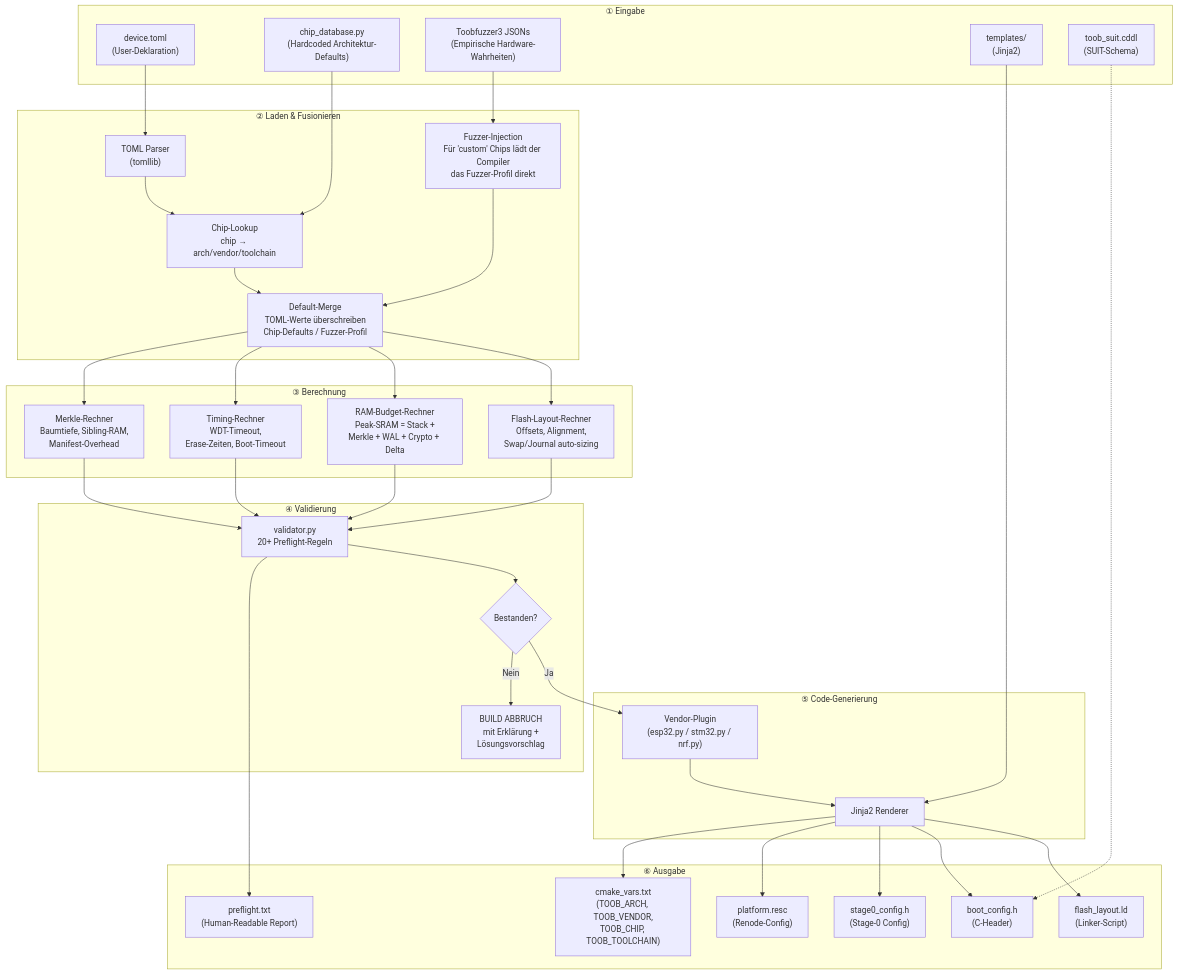
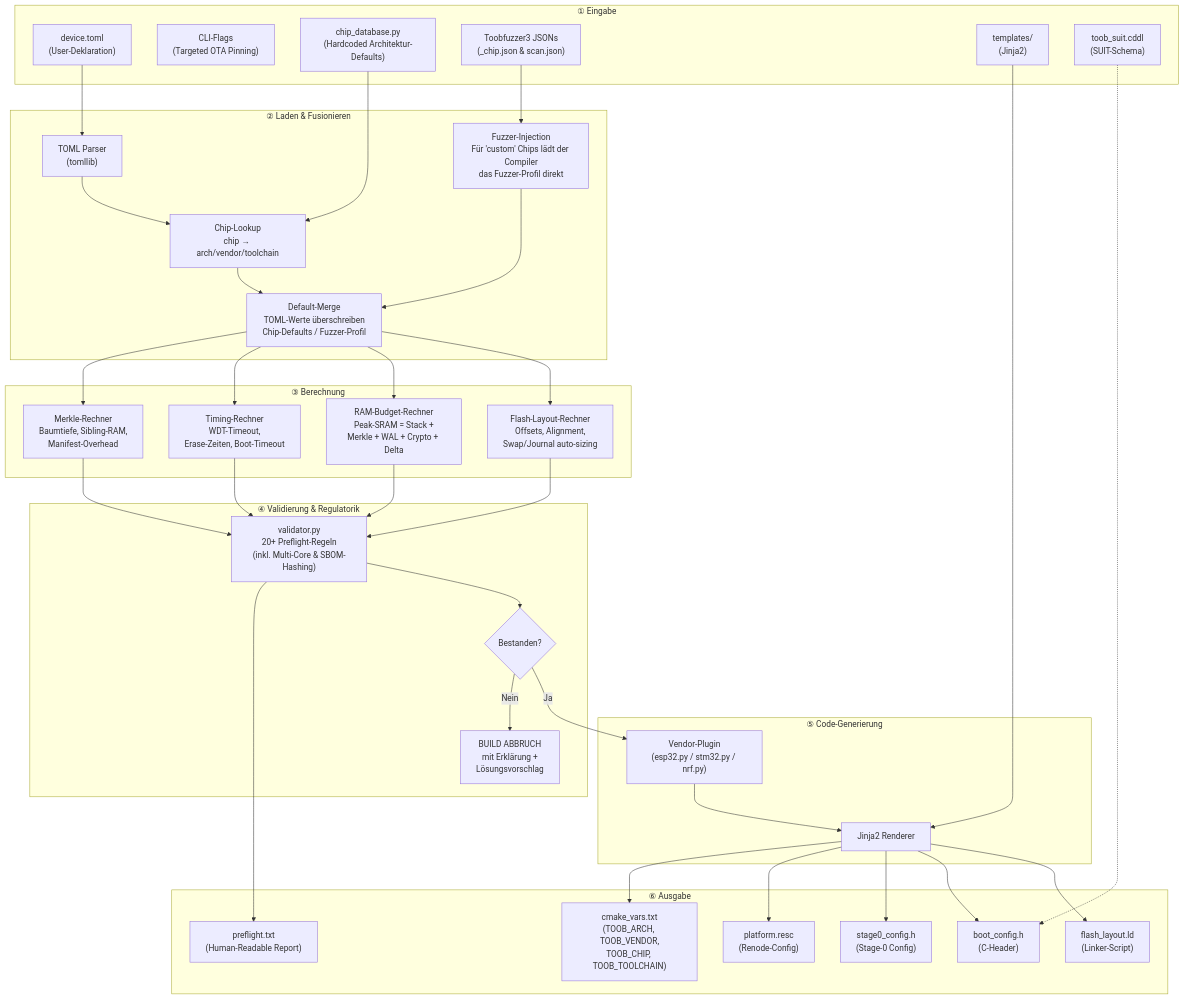
One commit to Toob-Boot/Toob-Loader changed the first of 12 diagrams in ideas/fusion/pipeline/manifest_compiler_pipeline.md. Above: the diagram before and after it, drawn with Mermaid. The commit also changed other lines of this file and 4 other files, not shown here.

````diff
--- a/ideas/fusion/pipeline/manifest_compiler_pipeline.md
+++ b/ideas/fusion/pipeline/manifest_compiler_pipeline.md
@@ -11,71 +11,72 @@
 ```mermaid
 flowchart TD
     subgraph INPUT["① Eingabe"]
         TOML["device.toml\n(User-Deklaration)"]
+        CLI_ARGS["CLI-Flags\n(Targeted OTA Pinning)"]
         CHIPDB["chip_database.py\n(Hardcoded Architektur-Defaults)"]
-        FUZZER["Toobfuzzer3 JSONs\n(Empirische Hardware-Wahrheiten)"]
+        FUZZER["Toobfuzzer3 JSONs\n(<xyz>_chip.json & scan.json)"]
         TEMPLATES["templates/\n(Jinja2)"]
         CDDL["toob_suit.cddl\n(SUIT-Schema)"]
     end
 
     subgraph PHASE1["② Laden & Fusionieren"]
         PARSE["TOML Parser\n(tomllib)"]
         LOOKUP["Chip-Lookup\nchip → arch/vendor/toolchain"]
         INJECT["Fuzzer-Injection\nFür 'custom' Chips lädt der Compiler\ndas Fuzzer-Profil direkt"]
         MERGE["Default-Merge\nTOML-Werte überschreiben\nChip-Defaults / Fuzzer-Profil"]
     end
 
     subgraph PHASE2["③ Berechnung"]
         LAYOUT["Flash-Layout-Rechner\nOffsets, Alignment,\nSwap/Journal auto-sizing"]
         RAMCALC["RAM-Budget-Rechner\nPeak-SRAM = Stack +\nMerkle + WAL + Crypto + Delta"]
         TIMING["Timing-Rechner\nWDT-Timeout,\nErase-Zeiten, Boot-Timeout"]
         MERKLE["Merkle-Rechner\nBaumtiefe, Sibling-RAM,\nManifest-Overhead"]
     end
 
-    subgraph PHASE3["④ Validierung"]
-        VALIDATE["validator.py\n20+ Preflight-Regeln"]
+    subgraph PHASE3["④ Validierung & Regulatorik"]
+        VALIDATE["validator.py\n20+ Preflight-Regeln\n(inkl. Multi-Core & SBOM-Hashing)"]
         PASS{Bestanden?}
         ERROR["BUILD ABBRUCH\nmit Erklärung +\nLösungsvorschlag"]
     end
 
     subgraph PHASE4["⑤ Code-Generierung"]
         VENDOR["Vendor-Plugin\n(esp32.py / stm32.py / nrf.py)"]
         RENDER["Jinja2 Renderer"]
     end
 
     subgraph OUTPUT["⑥ Ausgabe"]
         LD["flash_layout.ld\n(Linker-Script)"]
         CONFIG_H["boot_config.h\n(C-Header)"]
         S0_H["stage0_config.h\n(Stage-0 Config)"]
         RESC["platform.resc\n(Renode-Config)"]
         REPORT["preflight.txt\n(Human-Readable Report)"]
         CMAKE_VARS["cmake_vars.txt\n(TOOB_ARCH, TOOB_VENDOR,\nTOOB_CHIP, TOOB_TOOLCHAIN)"]
     end
 
     TOML --> PARSE
     PARSE --> LOOKUP
     CHIPDB --> LOOKUP
     FUZZER --> INJECT
     LOOKUP --> MERGE
     INJECT --> MERGE
     MERGE --> LAYOUT
     MERGE --> RAMCALC
     MERGE --> TIMING
     MERGE --> MERKLE
     LAYOUT --> VALIDATE
     RAMCALC --> VALIDATE
     TIMING --> VALIDATE
     MERKLE --> VALIDATE
     VALIDATE --> PASS
     PASS -- "Ja" --> VENDOR
     PASS -- "Nein" --> ERROR
     VENDOR --> RENDER
     TEMPLATES --> RENDER
     RENDER --> LD
     RENDER --> CONFIG_H
     RENDER --> S0_H
     RENDER --> RESC
     RENDER --> CMAKE_VARS
     VALIDATE --> REPORT
     CDDL -.-> CONFIG_H
 ```
````
